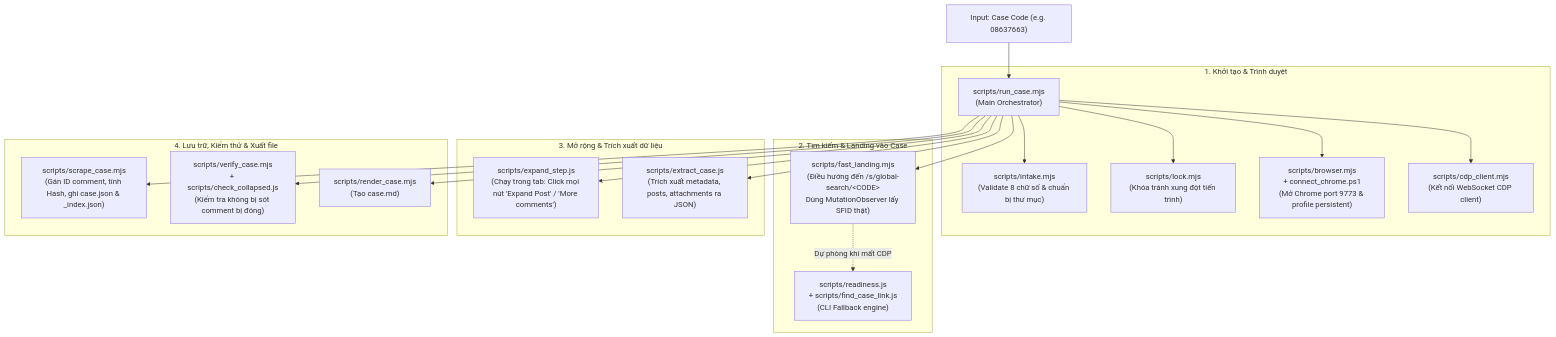
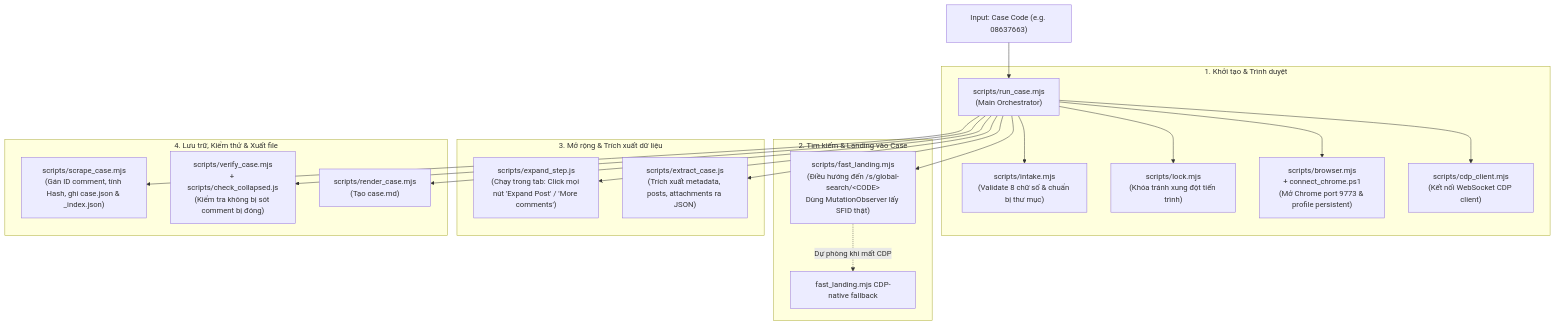
One commit to congtubkbn/qualcomm-case-agent changed the third of 4 diagrams in docs/DESIGN.md. Above: the diagram before and after it, drawn with Mermaid. The commit also changed other lines of this file and 7 other files, not shown here.

First line of the commit message:
refactor: remove dead code readiness.js and find_case_link.js

````diff
--- a/docs/DESIGN.md
+++ b/docs/DESIGN.md
@@ -112,27 +112,27 @@
 ```mermaid
 flowchart TD
   User["Input: Case Code (e.g. 08637663)"] --> RunCase["scripts/run_case.mjs<br/>(Main Orchestrator)"]
   
   subgraph KhởiTạo["1. Khởi tạo & Trình duyệt"]
     RunCase --> Intake["scripts/intake.mjs<br/>(Validate 8 chữ số & chuẩn bị thư mục)"]
     RunCase --> Lock["scripts/lock.mjs<br/>(Khóa tránh xung đột tiến trình)"]
     RunCase --> Browser["scripts/browser.mjs<br/>+ connect_chrome.ps1<br/>(Mở Chrome port 9773 & profile persistent)"]
     RunCase --> CDP["scripts/cdp_client.mjs<br/>(Kết nối WebSocket CDP client)"]
   end
 
   subgraph ĐiềuHướng["2. Tìm kiếm & Landing vào Case"]
     RunCase --> FastLanding["scripts/fast_landing.mjs<br/>(Điều hướng đến /s/global-search/&lt;CODE&gt;<br/>Dùng MutationObserver lấy SFID thật)"]
-    FastLanding -.->|Dự phòng khi mất CDP| Fallback["scripts/readiness.js<br/>+ scripts/find_case_link.js<br/>(CLI Fallback engine)"]
+    FastLanding -.->|Dự phòng khi mất CDP| Fallback["fast_landing.mjs CDP-native fallback"]
   end
 
   subgraph ThuThập["3. Mở rộng & Trích xuất dữ liệu"]
     RunCase --> Expand["scripts/expand_step.js<br/>(Chạy trong tab: Click mọi nút 'Expand Post' / 'More comments')"]
     RunCase --> Extract["scripts/extract_case.js<br/>(Trích xuất metadata, posts, attachments ra JSON)"]
   end
 
   subgraph XửLýLưuTrữ["4. Lưu trữ, Kiểm thử & Xuất file"]
     RunCase --> Scrape["scripts/scrape_case.mjs<br/>(Gán ID comment, tính Hash, ghi case.json & _index.json)"]
     RunCase --> Verify["scripts/verify_case.mjs<br/>+ scripts/check_collapsed.js<br/>(Kiểm tra không bị sót comment bị đóng)"]
     RunCase --> Render["scripts/render_case.mjs<br/>(Tạo case.md)"]
   end
 ```
````
